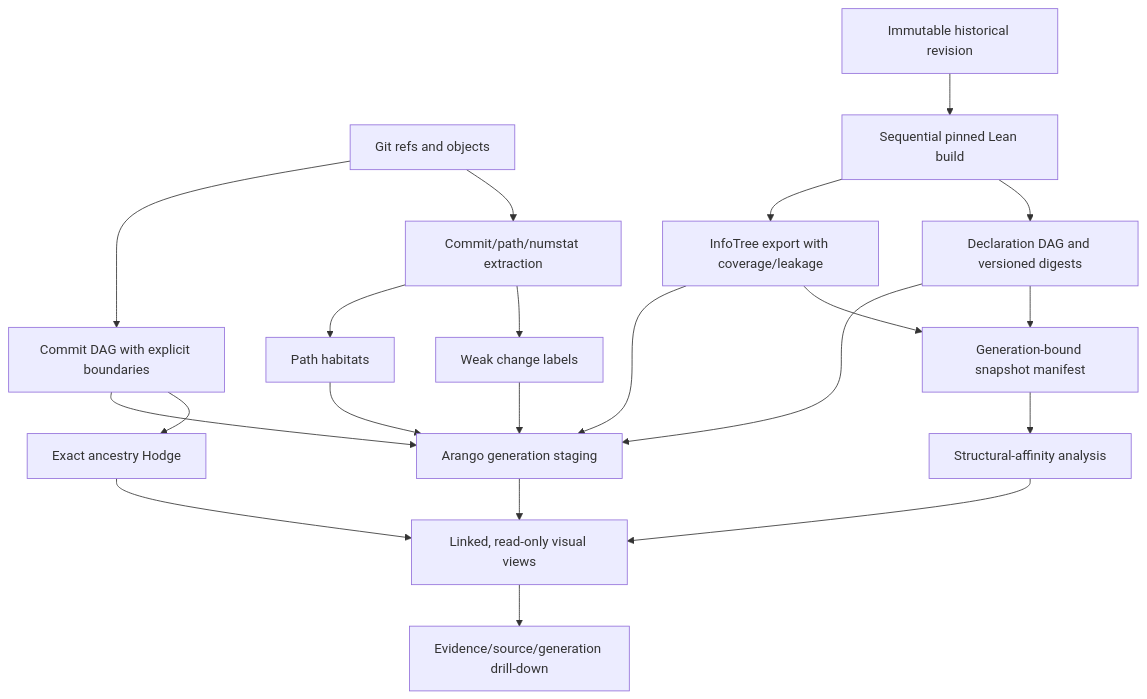
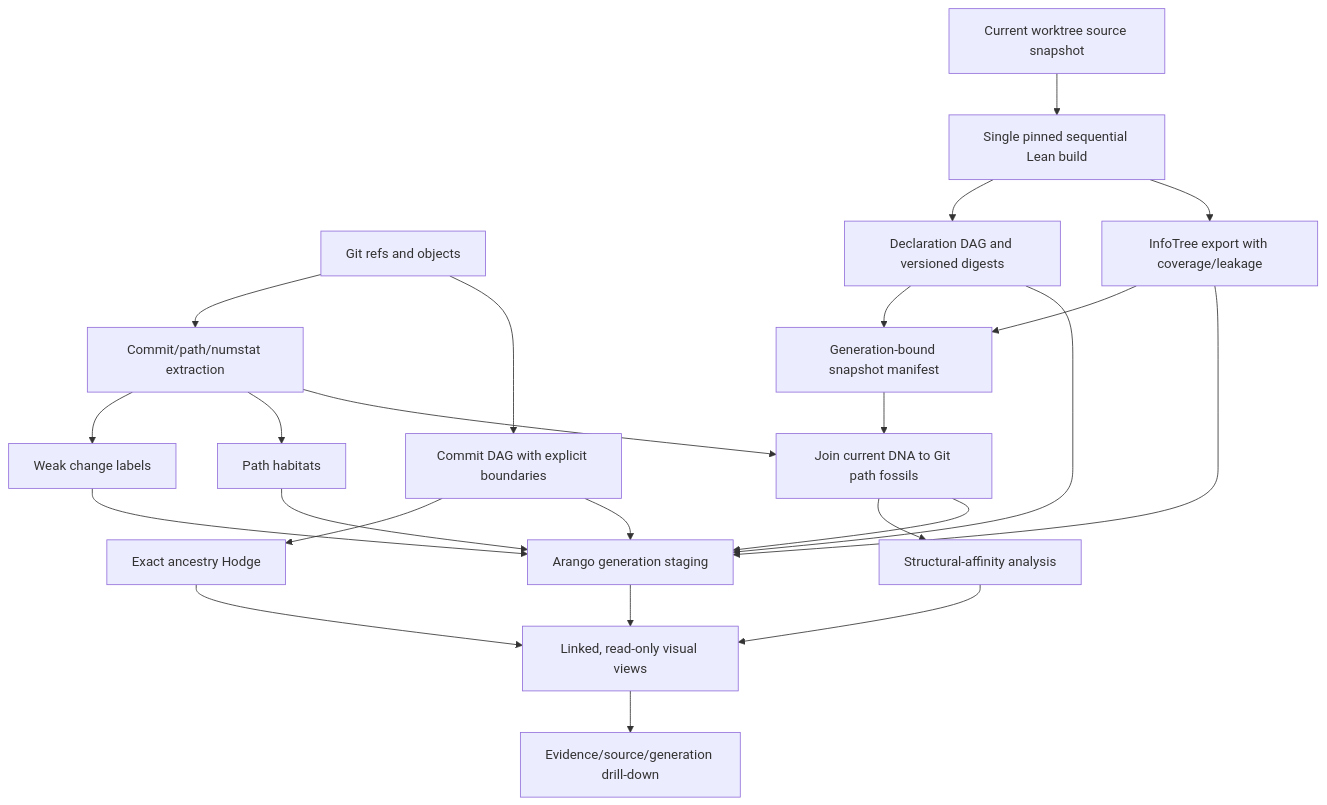
Before and after one commit to nickgou-nuke/info-geometry-lean: the diagram in docs/DARWIN_PIPELINE_BLUEPRINT.md, drawn with Mermaid. The commit also changed other lines of this file and 530 other files, not shown here.

````diff
--- a/docs/DARWIN_PIPELINE_BLUEPRINT.md
+++ b/docs/DARWIN_PIPELINE_BLUEPRINT.md
@@ -115,23 +1050,26 @@
 ```mermaid
 flowchart TD
   G[Git refs and objects] --> X[Commit/path/numstat extraction]
   X --> T[Weak change labels]
   X --> H[Path habitats]
   G --> P[Commit DAG with explicit boundaries]
   P --> A[Exact ancestry Hodge]
-  C[Immutable historical revision] --> B[Sequential pinned Lean build]
+  W[Current worktree source snapshot] --> B[Single pinned sequential Lean build]
   B --> D[Declaration DAG and versioned digests]
   B --> I[InfoTree export with coverage/leakage]
   D --> S[Generation-bound snapshot manifest]
   I --> S
-  S --> N[Structural-affinity analysis]
+  S --> J[Join current DNA to Git path fossils]
+  X --> J
+  J --> N[Structural-affinity analysis]
   P --> R[Arango generation staging]
   T --> R
   H --> R
   D --> R
   I --> R
+  J --> R
   R --> V[Linked, read-only visual views]
   N --> V
   A --> V
   V --> E[Evidence/source/generation drill-down]
 ```
````
